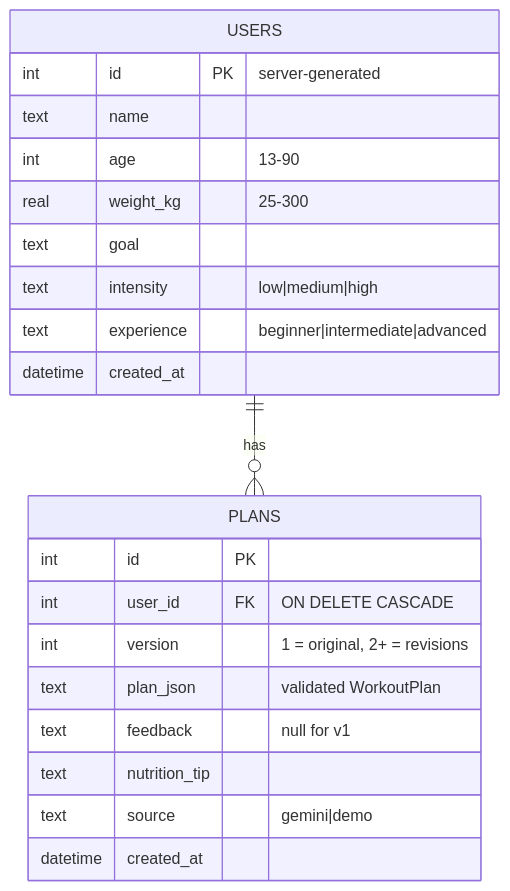
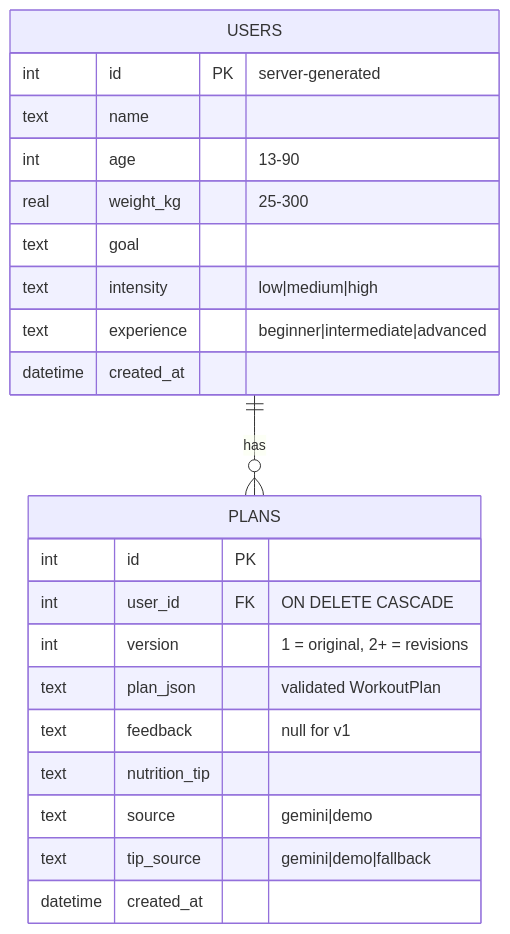
One commit to sharukeshalagiri/FitBuddy changed the second of 2 diagrams in README.md. Above: the diagram before and after it, drawn with Mermaid. The commit also changed other lines of this file and 24 other files, not shown here.

Commit message:
Improve demo-plan safety, simplify AI client, clean up repo text

````diff
--- a/README.md
+++ b/README.md
@@ -89,24 +87,25 @@
 ```mermaid
 erDiagram
     USERS ||--o{ PLANS : has
     USERS {
         int id PK "server-generated"
         text name
         int age "13-90"
         real weight_kg "25-300"
         text goal
         text intensity "low|medium|high"
         text experience "beginner|intermediate|advanced"
         datetime created_at
     }
     PLANS {
         int id PK
         int user_id FK "ON DELETE CASCADE"
         int version "1 = original, 2+ = revisions"
         text plan_json "validated WorkoutPlan"
         text feedback "null for v1"
         text nutrition_tip
         text source "gemini|demo"
+        text tip_source "gemini|demo|fallback"
         datetime created_at
     }
 ```
````
